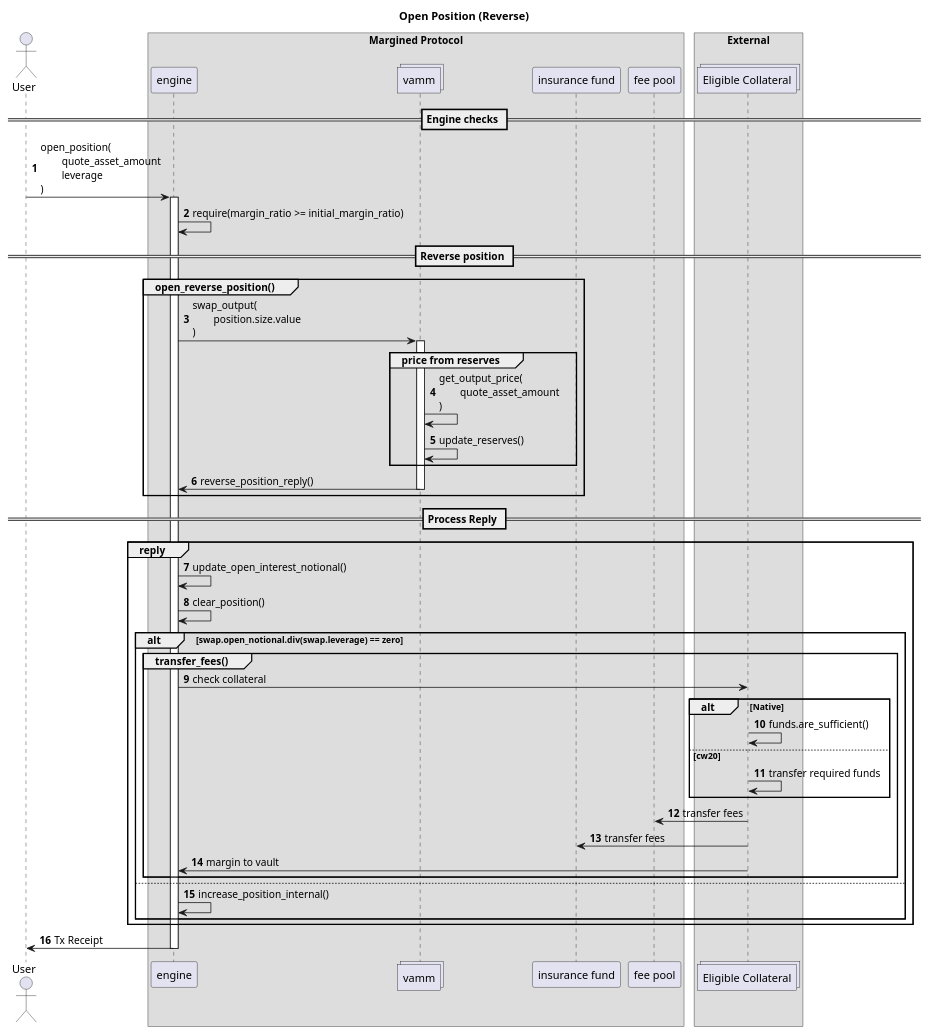
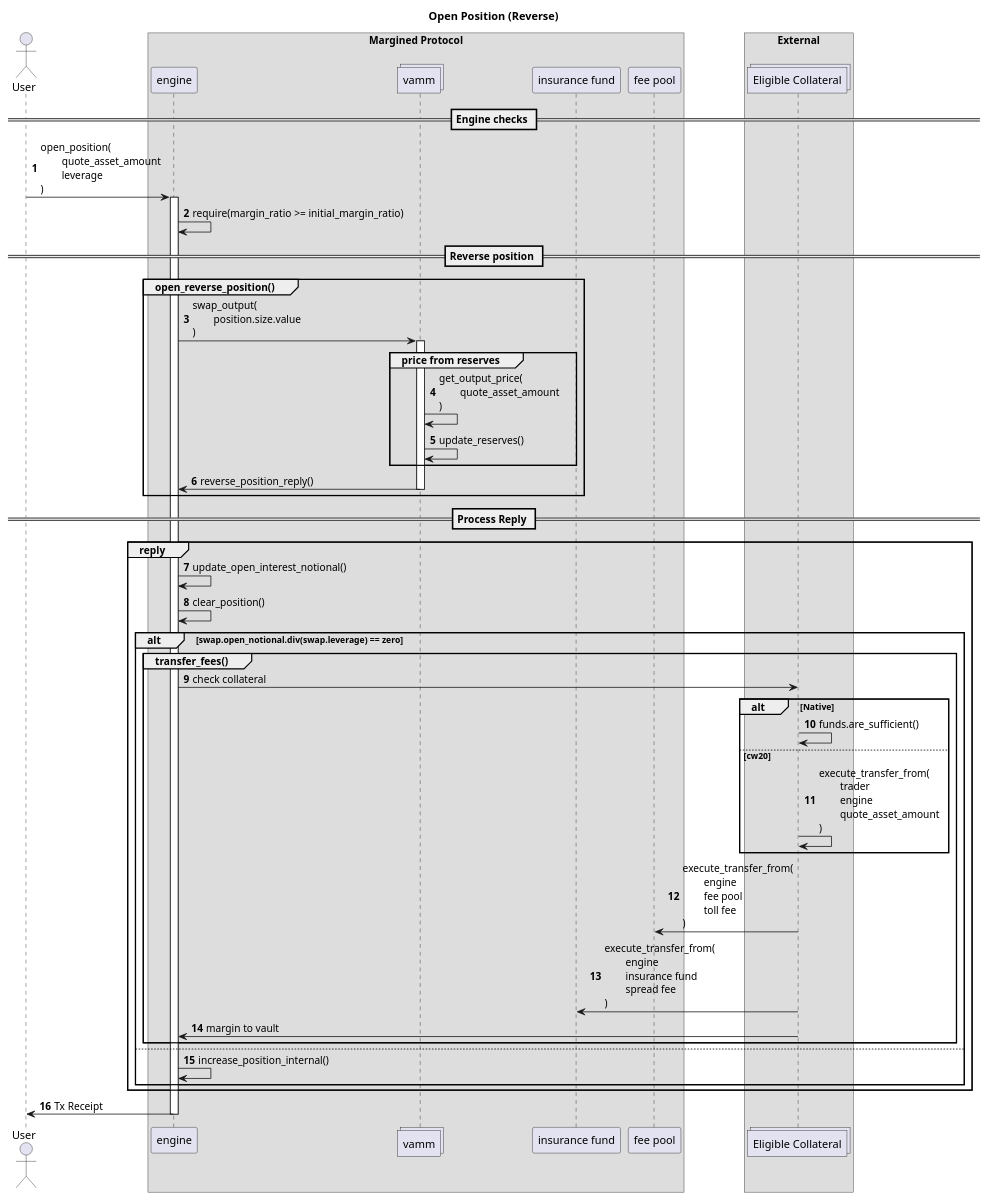
One commit to margined-protocol/docs changed the diagram in architecture/diagrams/open-pos-reverse.puml. Above: the diagram before and after it, drawn with PlantUML. The commit also changed 17 other files, not shown here.

Commit message:
finished diagrams, no pay-funding yet

```diff
--- a/architecture/diagrams/open-pos-reverse.puml
+++ b/architecture/diagrams/open-pos-reverse.puml
@@ -1,67 +1,67 @@
 @startuml
 autonumber
 actor User    
 
 box "Margined Protocol" 
     participant engine    
     collections vamm     
     participant "insurance fund" as insurance    
     participant "fee pool" as pool    
 end box
 
 box "External"
     collections "Eligible Collateral" as token
 end box
 
 
 title Open Position (Reverse)
 
 == Engine checks ==
 
 User -> engine : open_position(\n\tquote_asset_amount\n\tleverage\n)
 activate engine
 
 engine -> engine : require(margin_ratio >= initial_margin_ratio)
 
 == Reverse position ==
 
 Group open_reverse_position()
     engine -> vamm : swap_output(\n\tposition.size.value\n)
     activate vamm
 
     Group price from reserves
         vamm -> vamm: get_output_price(\n\tquote_asset_amount\n)
         vamm -> vamm: update_reserves()
     end
     
     vamm -> engine: reverse_position_reply()
     deactivate vamm
 end
 
 == Process Reply ==
 Group reply
 
     engine -> engine: update_open_interest_notional()
     engine -> engine: clear_position()
 
     alt swap.open_notional.div(swap.leverage) == zero
         Group transfer_fees()
             engine -> token : check collateral
             alt Native
                 token -> token : funds.are_sufficient()
             else cw20
-                token -> token : transfer required funds
+                token -> token : execute_transfer_from(\n\ttrader\n\tengine\n\tquote_asset_amount\n)
             end
-            token -> pool : transfer fees
-            token -> insurance : transfer fees
+            token -> pool : execute_transfer_from(\n\tengine\n\tfee pool\n\ttoll fee\n)
+            token -> insurance : execute_transfer_from(\n\tengine\n\tinsurance fund\n\tspread fee\n)
             token -> engine : margin to vault
         end 
     else
         engine -> engine: increase_position_internal()
     end
 end
 
 engine -> User : Tx Receipt
 deactivate engine
 
 @enduml
```
